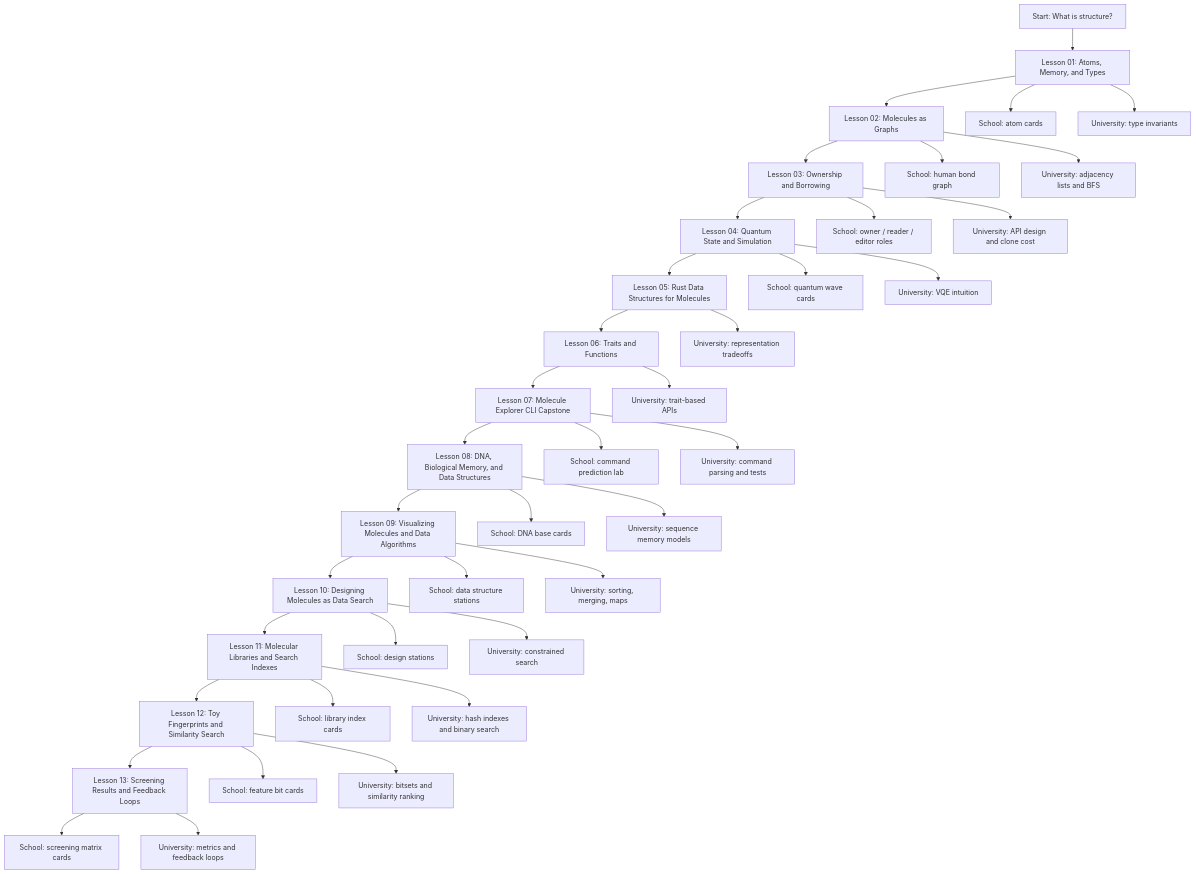
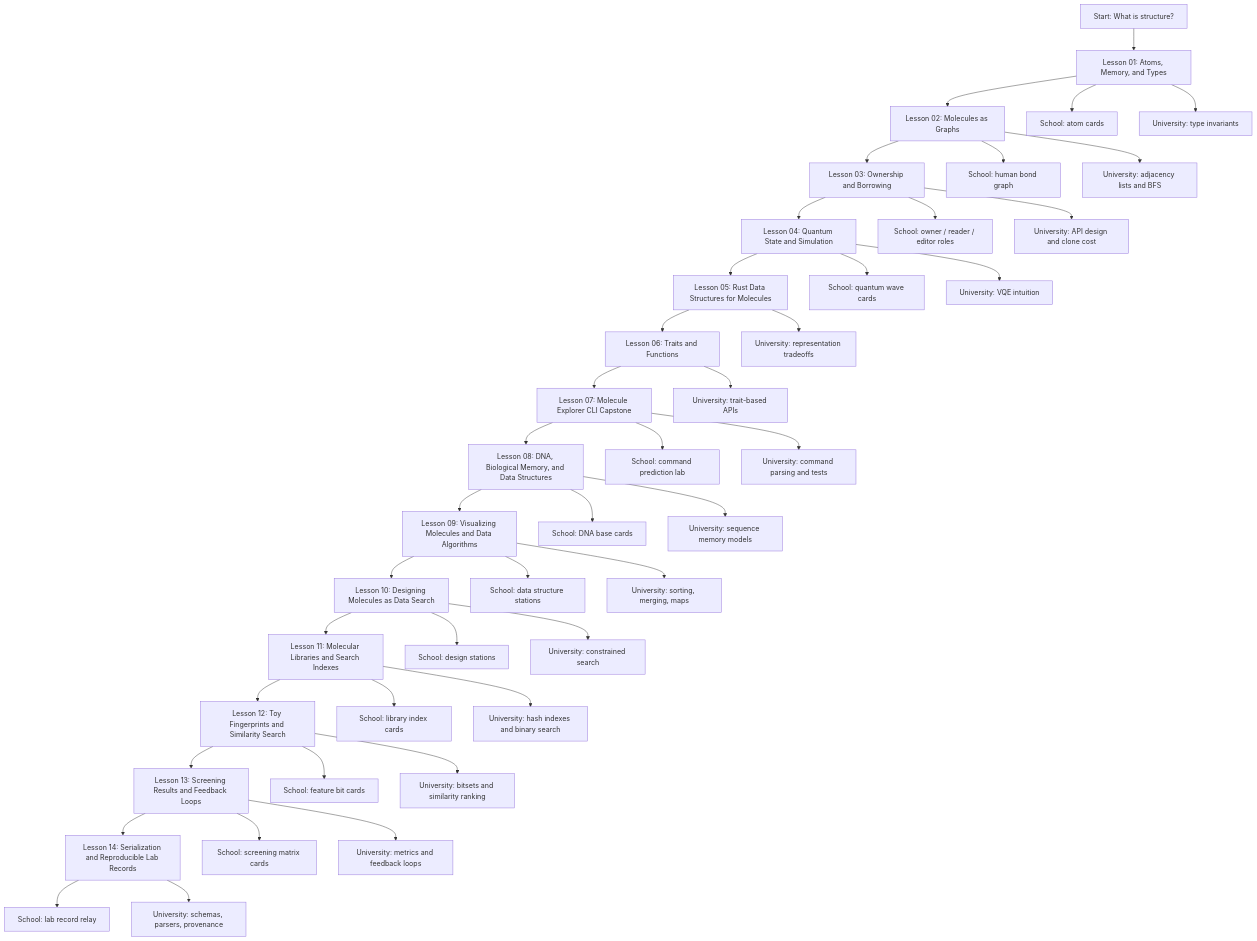
Before and after one commit to shastaratech/bio-memory-rust-lab: the diagram in visuals/mermaid/course-map.md, drawn with Mermaid. The commit also changed 21 other files, not shown here.

Commit message:
feat: add serialization lab records lesson

````diff
--- a/visuals/mermaid/course-map.md
+++ b/visuals/mermaid/course-map.md
@@ -9,42 +9,45 @@
 ```mermaid
 flowchart TD
     A["Start: What is structure?"] --> B["Lesson 01: Atoms, Memory, and Types"]
     B --> C["Lesson 02: Molecules as Graphs"]
     C --> D["Lesson 03: Ownership and Borrowing"]
     D --> E["Lesson 04: Quantum State and Simulation"]
     E --> F["Lesson 05: Rust Data Structures for Molecules"]
     F --> G["Lesson 06: Traits and Functions"]
     G --> H["Lesson 07: Molecule Explorer CLI Capstone"]
     H --> I["Lesson 08: DNA, Biological Memory, and Data Structures"]
     I --> J["Lesson 09: Visualizing Molecules and Data Algorithms"]
     J --> K["Lesson 10: Designing Molecules as Data Search"]
     K --> L["Lesson 11: Molecular Libraries and Search Indexes"]
     L --> M["Lesson 12: Toy Fingerprints and Similarity Search"]
     M --> N["Lesson 13: Screening Results and Feedback Loops"]
+    N --> O["Lesson 14: Serialization and Reproducible Lab Records"]
 
     B --> S1["School: atom cards"]
     C --> S2["School: human bond graph"]
     D --> S3["School: owner / reader / editor roles"]
     E --> S4["School: quantum wave cards"]
     H --> S7["School: command prediction lab"]
     I --> S8["School: DNA base cards"]
     J --> S9["School: data structure stations"]
     K --> S10["School: design stations"]
     L --> S11["School: library index cards"]
     M --> S12["School: feature bit cards"]
     N --> S13["School: screening matrix cards"]
+    O --> S14["School: lab record relay"]
 
     B --> U1["University: type invariants"]
     C --> U2["University: adjacency lists and BFS"]
     D --> U3["University: API design and clone cost"]
     E --> U4["University: VQE intuition"]
     F --> U5["University: representation tradeoffs"]
     G --> U6["University: trait-based APIs"]
     H --> U7["University: command parsing and tests"]
     I --> U8["University: sequence memory models"]
     J --> U9["University: sorting, merging, maps"]
     K --> U10["University: constrained search"]
     L --> U11["University: hash indexes and binary search"]
     M --> U12["University: bitsets and similarity ranking"]
     N --> U13["University: metrics and feedback loops"]
+    O --> U14["University: schemas, parsers, provenance"]
 ```
````
